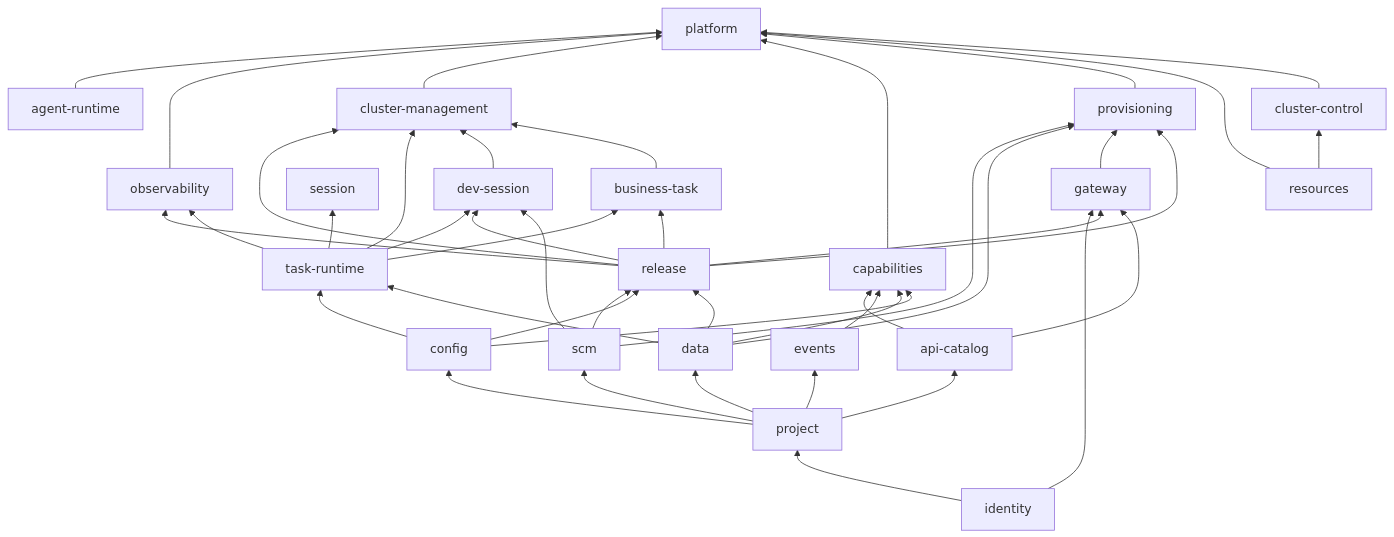
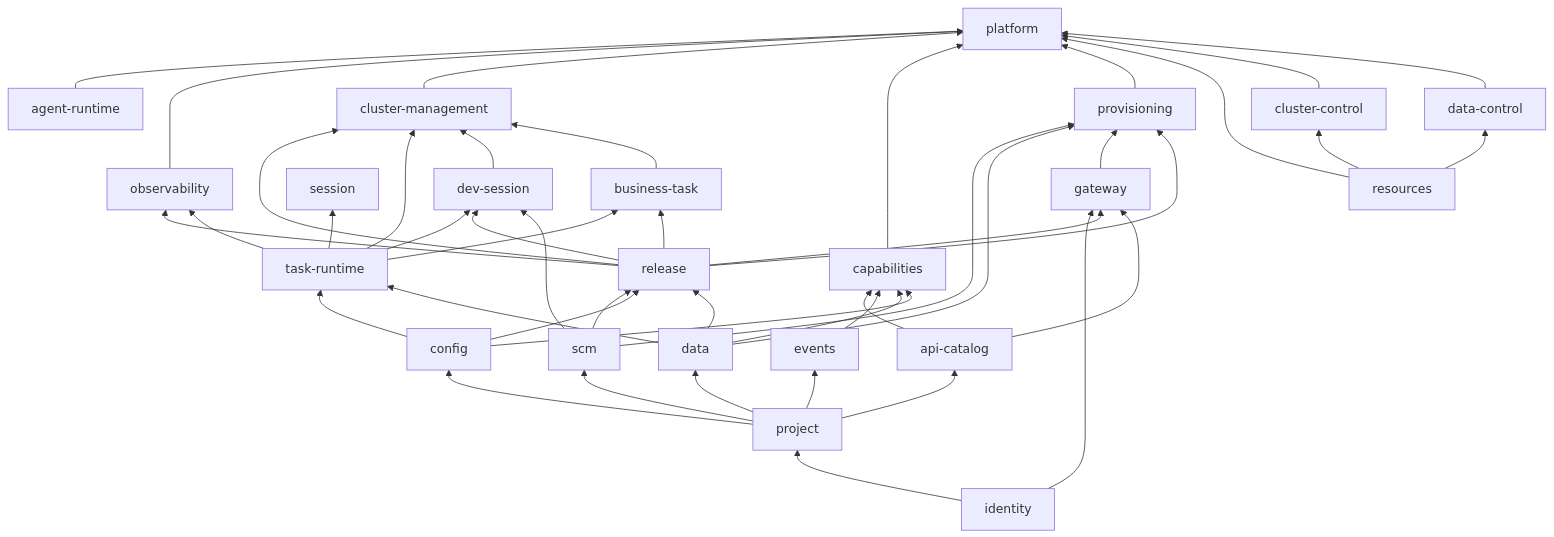
One commit to wangbinquan/CrewStation changed the diagram in docs/engineering/repository-structure.md. Above: the diagram before and after it, drawn with Mermaid. The commit also changed other lines of this file and 36 other files, not shown here.

First line of the commit message:
feat(data,data-control,resources): RFC-025 T12 第一步——生产库、开发库与数据访问绑定投影成台账记录，新模块 data-control 观测数据面写回实况

````diff
--- a/docs/engineering/repository-structure.md
+++ b/docs/engineering/repository-structure.md
@@ -215,19 +216,19 @@
 ```mermaid
 flowchart BT
   identity --> project
   project --> scm & config & data & api-catalog & events
   scm & config & data --> release
   config & data --> task-runtime
   task-runtime & release & scm --> dev-session
   task-runtime & release --> business-task
   task-runtime --> session
   identity & release & api-catalog --> gateway
   release & task-runtime --> observability
   api-catalog & events & data & config --> capabilities
   scm & data & gateway & release --> provisioning
   agent-runtime --> platform
   release & task-runtime & dev-session & business-task --> cluster-management
   observability & cluster-management & capabilities & provisioning --> platform
-  resources --> cluster-control
-  resources & cluster-control --> platform
+  resources --> cluster-control & data-control
+  resources & cluster-control & data-control --> platform
 ```
````
